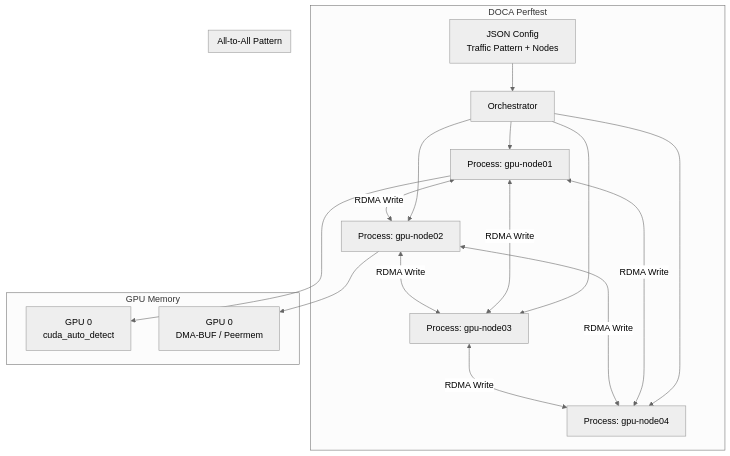
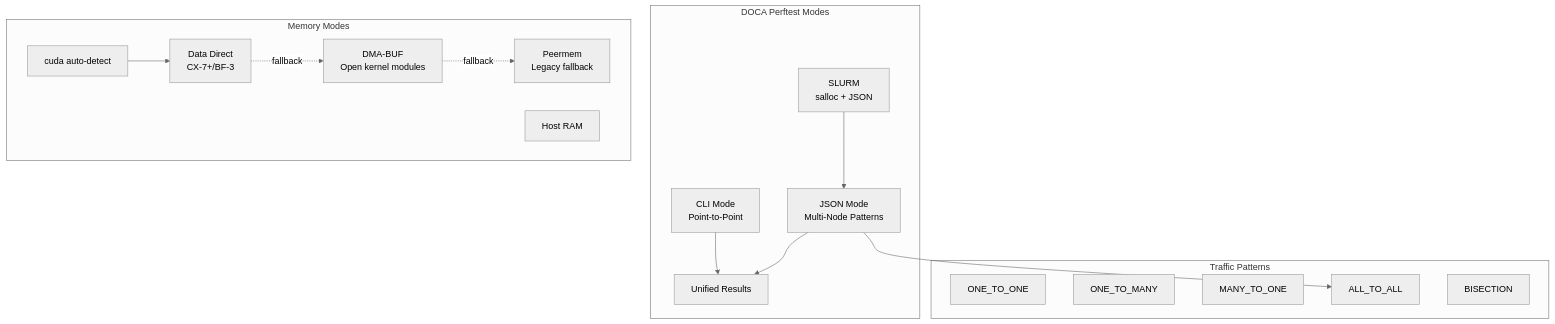
Before and after one commit to greg4fun/kubernetesrecipes.github.io: the diagram in src/content/recipes/doca-perftest-rdma-benchmark-kubernetes.md, drawn with Mermaid (neutral theme). The commit also changed other lines of this file, not shown here.

First line of the commit message:
feat: Enrich DOCA perftest article with full docs coverage

````diff
--- a/src/content/recipes/doca-perftest-rdma-benchmark-kubernetes.md
+++ b/src/content/recipes/doca-perftest-rdma-benchmark-kubernetes.md
@@ -277,24 +468,29 @@
 ```mermaid
 graph TD
-    subgraph DOCA Perftest
-        JSON[JSON Config<br/>Traffic Pattern + Nodes] --> ORCH[Orchestrator]
-        ORCH --> P1[Process: gpu-node01]
-        ORCH --> P2[Process: gpu-node02]
-        ORCH --> P3[Process: gpu-node03]
-        ORCH --> P4[Process: gpu-node04]
+    subgraph DOCA Perftest Modes
+        CLI[CLI Mode<br/>Point-to-Point] --> RES[Unified Results]
+        JSON[JSON Mode<br/>Multi-Node Patterns] --> RES
+        SLURM[SLURM<br/>salloc + JSON] --> JSON
     end
     
-    subgraph All-to-All Pattern
-        P1 <-->|RDMA Write| P2
-        P1 <-->|RDMA Write| P3
-        P1 <-->|RDMA Write| P4
-        P2 <-->|RDMA Write| P3
-        P2 <-->|RDMA Write| P4
-        P3 <-->|RDMA Write| P4
+    subgraph Traffic Patterns
+        O2O[ONE_TO_ONE]
+        O2M[ONE_TO_MANY]
+        M2O[MANY_TO_ONE]
+        A2A[ALL_TO_ALL]
+        BIS[BISECTION]
     end
     
-    subgraph GPU Memory
-        P1 --> GPU1[GPU 0<br/>cuda_auto_detect]
-        P2 --> GPU2[GPU 0<br/>DMA-BUF / Peermem]
+    subgraph Memory Modes
+        CUDA[cuda auto-detect]
+        DD[Data Direct<br/>CX-7+/BF-3]
+        DMABUF[DMA-BUF<br/>Open kernel modules]
+        PEER[Peermem<br/>Legacy fallback]
+        HOST[Host RAM]
     end
+    
+    JSON --> A2A
+    CUDA --> DD
+    DD -.->|fallback| DMABUF
+    DMABUF -.->|fallback| PEER
 ```
````
